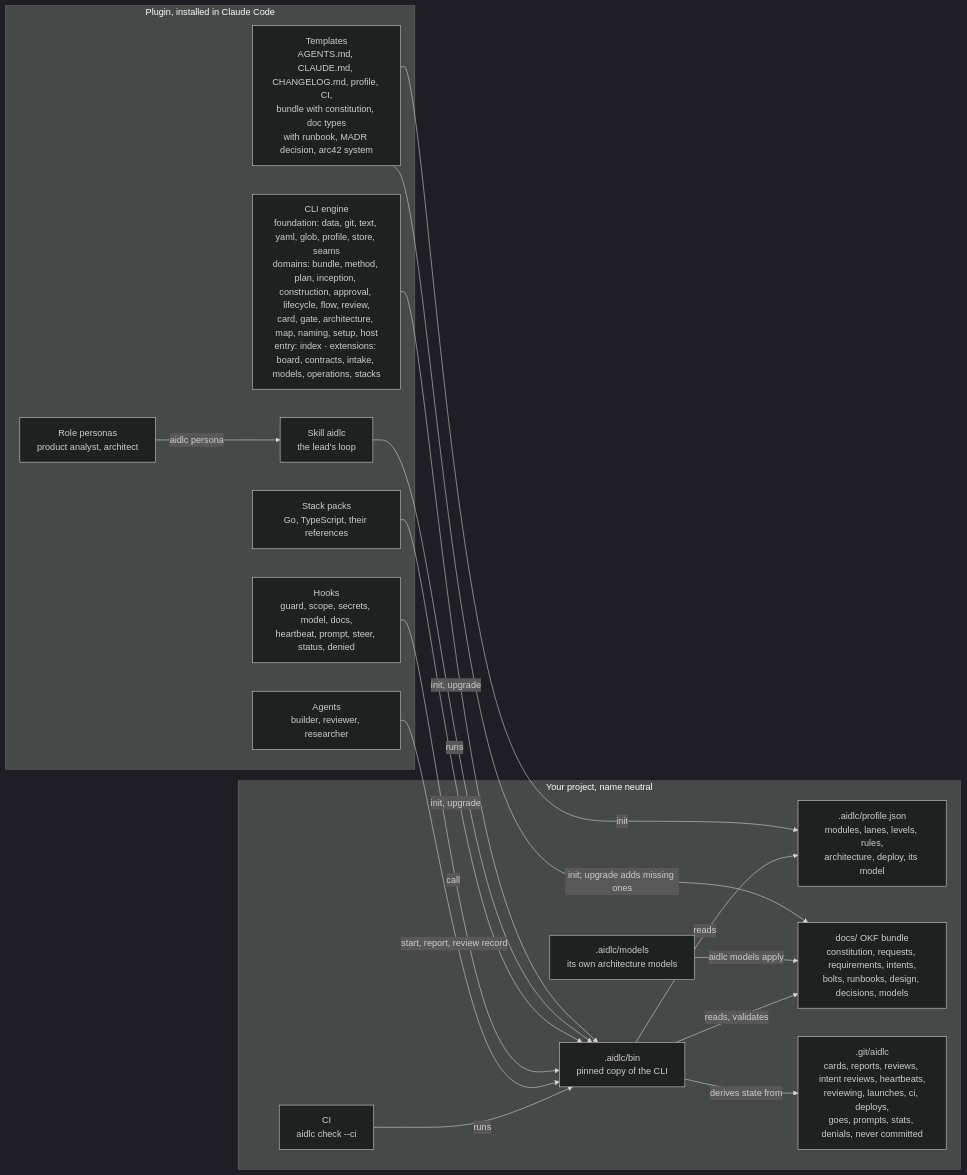
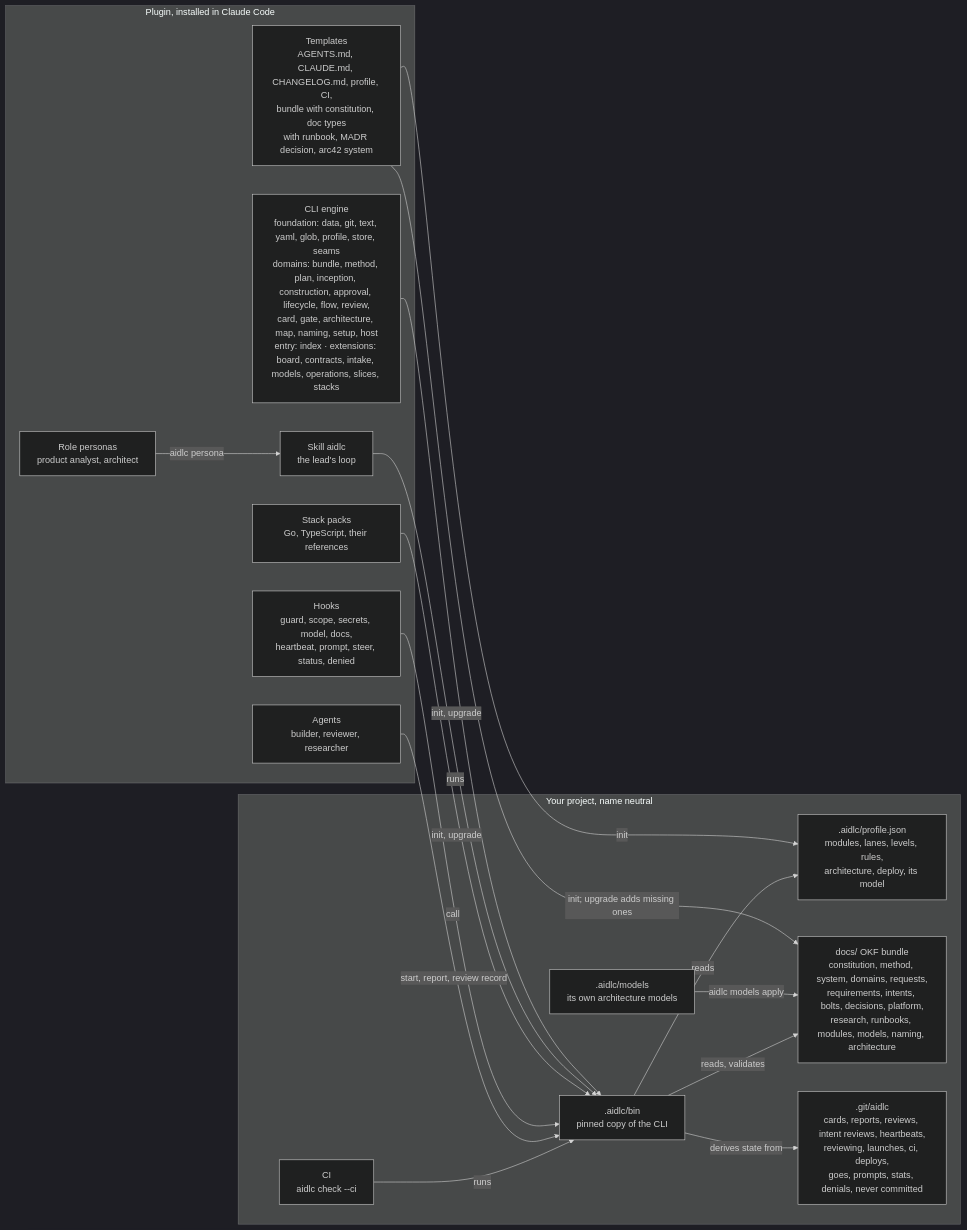
The second of 2 diagrams in README.md (Scrollout/aidlc-team-plugin), drawn with Mermaid (dark theme) before and after one commit. The commit also changed other lines of this file and 148 other files, not shown here.

````diff
--- a/README.md
+++ b/README.md
@@ -53,35 +53,35 @@
 ```mermaid
 flowchart LR
   subgraph plugin["Plugin, installed in Claude Code"]
     skill["Skill aidlc<br/>the lead's loop"]
     agents["Agents<br/>builder, reviewer, researcher"]
     personas["Role personas<br/>product analyst, architect"]
     packs["Stack packs<br/>Go, TypeScript, their references"]
     hooks["Hooks<br/>guard, scope, secrets, model, docs,<br/>heartbeat, prompt, steer, status, denied"]
-    cli["CLI engine<br/>foundation: data, git, text, yaml, glob, profile, store, seams<br/>domains: bundle, method, plan, inception, construction, approval, lifecycle, flow, review,<br/>card, gate, architecture, map, naming, setup, host<br/>entry: index · extensions: board, contracts, intake, models, operations, stacks"]
+    cli["CLI engine<br/>foundation: data, git, text, yaml, glob, profile, store, seams<br/>domains: bundle, method, plan, inception, construction, approval, lifecycle, flow, review,<br/>card, gate, architecture, map, naming, setup, host<br/>entry: index · extensions: board, contracts, intake, models, operations, slices, stacks"]
     templates["Templates<br/>AGENTS.md, CLAUDE.md, CHANGELOG.md, profile, CI,<br/>bundle with constitution, doc types<br/>with runbook, MADR decision, arc42 system"]
   end
 
   subgraph project["Your project, name neutral"]
     profile[".aidlc/profile.json<br/>modules, lanes, levels, rules,<br/>architecture, deploy, its model"]
     bin[".aidlc/bin<br/>pinned copy of the CLI"]
     models[".aidlc/models<br/>its own architecture models"]
-    docs["docs/ OKF bundle<br/>constitution, requests, requirements, intents,<br/>bolts, runbooks, design, decisions, models"]
+    docs["docs/ OKF bundle<br/>constitution, method, system, domains, requests,<br/>requirements, intents, bolts, decisions, platform,<br/>research, runbooks, modules, models, naming, architecture"]
     runtime[".git/aidlc<br/>cards, reports, reviews, intent reviews, heartbeats,<br/>reviewing, launches, ci, deploys,<br/>goes, prompts, stats, denials, never committed"]
     ci["CI<br/>aidlc check --ci"]
   end
 
   templates -- "init" --> profile
   templates -- "init; upgrade adds missing ones" --> docs
   cli -- "init, upgrade" --> bin
   skill -- "runs" --> bin
   personas -- "aidlc persona" --> skill
   models -- "aidlc models apply" --> docs
   packs -- "init, upgrade" --> bin
   hooks -- "call" --> bin
   agents -- "start, report, review record" --> bin
   ci -- "runs" --> bin
   bin -- "reads, validates" --> docs
   bin -- "reads" --> profile
   bin -- "derives state from" --> runtime
 ```
````
